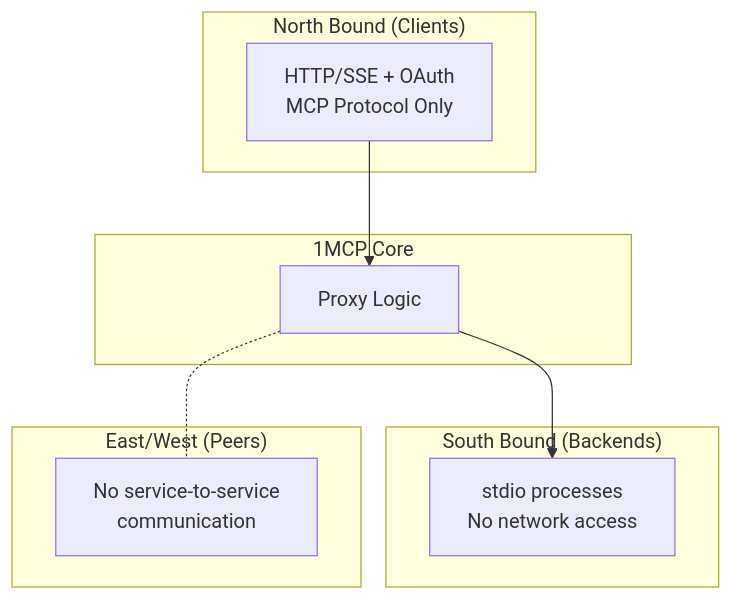
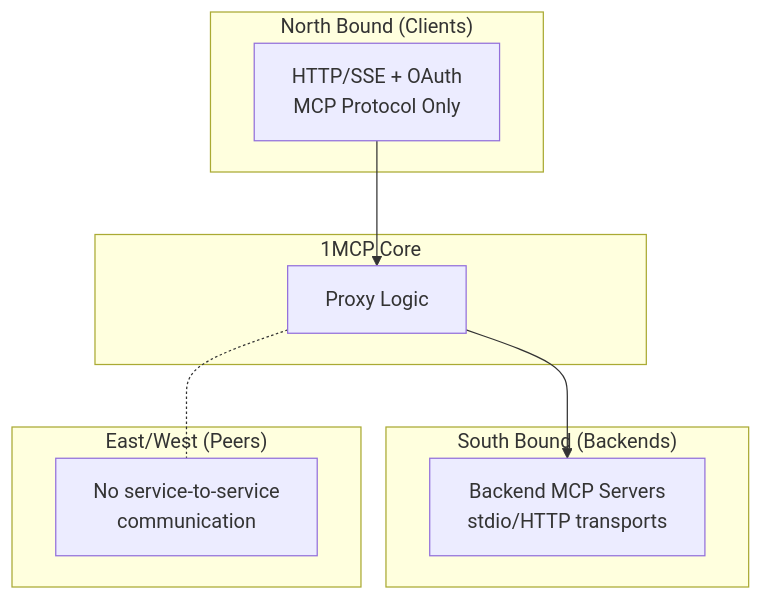
One commit to fastmcp-me/agent changed the second of 2 diagrams in docs/reference/architecture.md. Above: the diagram before and after it, drawn with Mermaid. The commit also changed other lines of this file, not shown here.

First line of the commit message:
docs: update architecture documentation to reflect transport protocol changes

````diff
--- a/docs/reference/architecture.md
+++ b/docs/reference/architecture.md
@@ -174,22 +172,22 @@
 ```mermaid
 graph TB
     subgraph "North Bound (Clients)"
         NB[HTTP/SSE + OAuth<br/>MCP Protocol Only]
     end
 
     subgraph "1MCP Core"
         C[Proxy Logic]
     end
 
     subgraph "South Bound (Backends)"
-        SB[stdio processes<br/>No network access]
+        SB[Backend MCP Servers<br/>stdio/HTTP transports]
     end
 
     subgraph "East/West (Peers)"
         EW[No service-to-service<br/>communication]
     end
 
     NB --> C
     C --> SB
     C -.- EW
 ```
````
